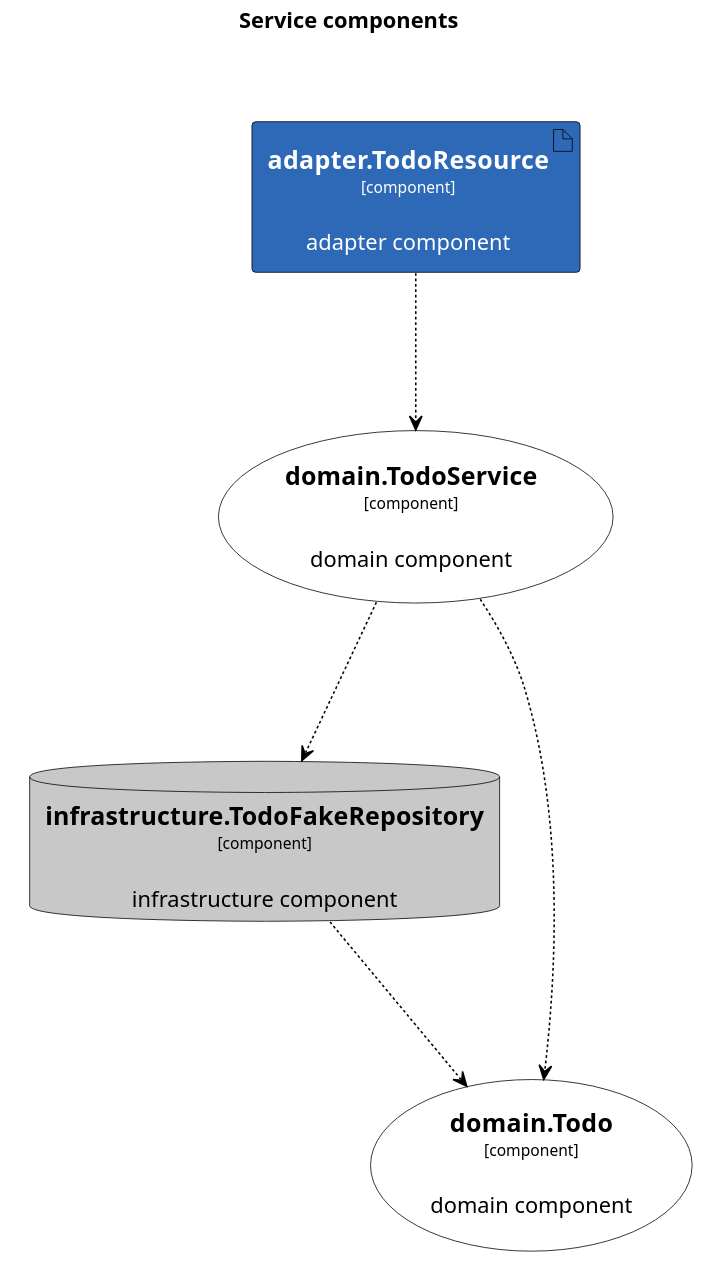
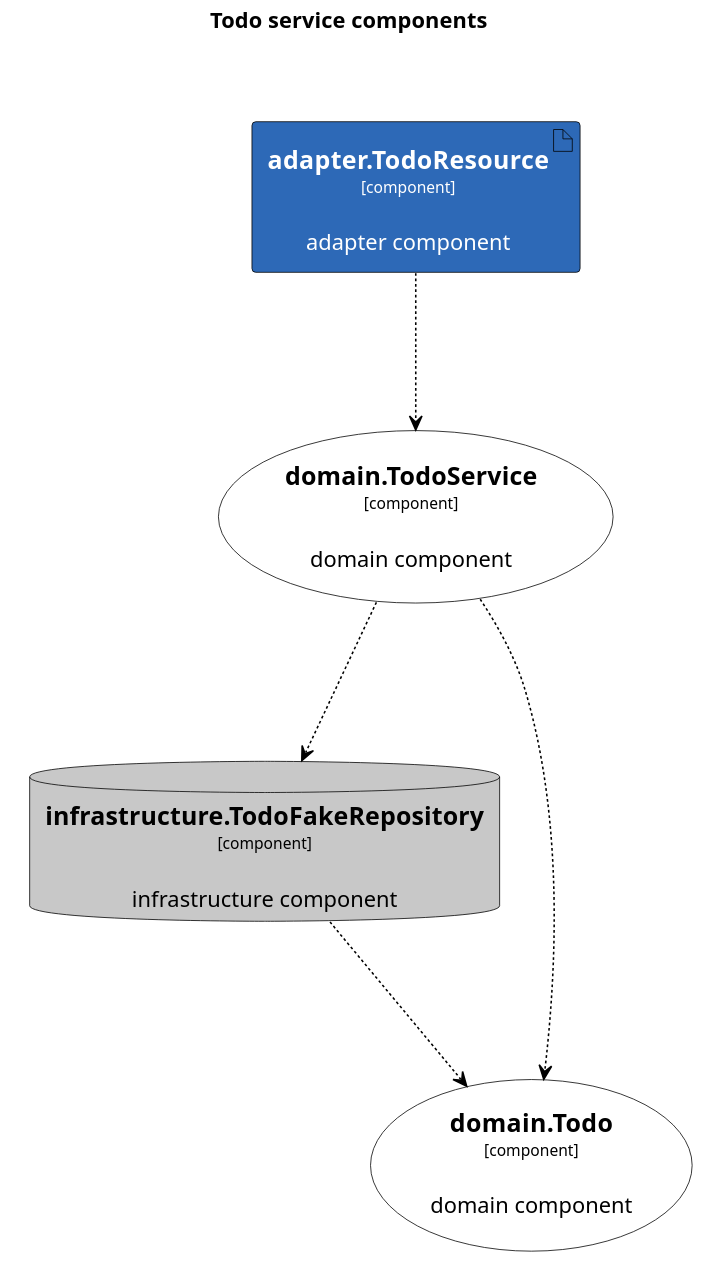
The diagram in todo-service-go-structurizr/tools/c4.plantuml (unexist/showcase-arch-docs), drawn with PlantUML before and after one commit. The commit also changed other lines of this file and 1 other file, not shown here.

```diff
--- a/todo-service-go-structurizr/tools/c4.plantuml
+++ b/todo-service-go-structurizr/tools/c4.plantuml
@@ -4,56 +3,56 @@
 @startuml
 
-title Service components
+title Todo service components
 
 skinparam {
   shadowing false
   arrowFontSize 10
   defaultTextAlignment center
   wrapWidth 200
   maxMessageSize 100
 }
 hide stereotype
 top to bottom direction
 
 scale 4096 width
 
 skinparam rectangle<<_GROUP>> {
   FontColor #ffffff
   BorderColor #ffffff
 }
 
 skinparam artifact<<ADAPTER>> {
   BackgroundColor #2d69b7
   FontColor #ffffff
   BorderColor #000000
 }
 
 skinparam usecase<<DOMAIN>> {
   BackgroundColor #ffffff
   FontColor #000000
   BorderColor #000000
 }
 
 skinparam database<<INFRASTRUCTURE>> {
   BackgroundColor #c8c8c8
   FontColor #000000
   BorderColor #000000
 }
 
 rectangle 0ADAPTER <<_GROUP>> {
-	artifact "==adapter.TodoResource\n<size:10>[component]</size>\n\nadapter component" <<ADAPTER>> as 3081293365
+	artifact "==adapter.TodoResource\n<size:10>[component]</size>\n\nadapter component" <<ADAPTER>> as 2945167943
 }
-rectangle 30812933651DOMAIN <<_GROUP>> {
-	usecase "==domain.TodoService\n<size:10>[component]</size>\n\ndomain component" <<DOMAIN>> as 2425084387
+rectangle 29451679431DOMAIN <<_GROUP>> {
+	usecase "==domain.TodoService\n<size:10>[component]</size>\n\ndomain component" <<DOMAIN>> as 2389247773
 }
-3081293365 .[#000000].> 2425084387 : ""
-rectangle 24250843872INFRASTRUCTURE <<_GROUP>> {
-	database "==infrastructure.TodoFakeRepository\n<size:10>[component]</size>\n\ninfrastructure component" <<INFRASTRUCTURE>> as 2184463684
+2945167943 .[#000000].> 2389247773 : ""
+rectangle 23892477732INFRASTRUCTURE <<_GROUP>> {
+	database "==infrastructure.TodoFakeRepository\n<size:10>[component]</size>\n\ninfrastructure component" <<INFRASTRUCTURE>> as 3040447786
 }
-2425084387 .[#000000].> 2184463684 : ""
-rectangle 24250843872DOMAIN <<_GROUP>> {
-	usecase "==domain.Todo\n<size:10>[component]</size>\n\ndomain component" <<DOMAIN>> as 542314480
+2389247773 .[#000000].> 3040447786 : ""
+rectangle 23892477732DOMAIN <<_GROUP>> {
+	usecase "==domain.Todo\n<size:10>[component]</size>\n\ndomain component" <<DOMAIN>> as 2365432198
 }
-2425084387 .[#000000].> 542314480 : ""
-2184463684 .[#000000].> 542314480 : ""
+2389247773 .[#000000].> 2365432198 : ""
+3040447786 .[#000000].> 2365432198 : ""
 @enduml
```
